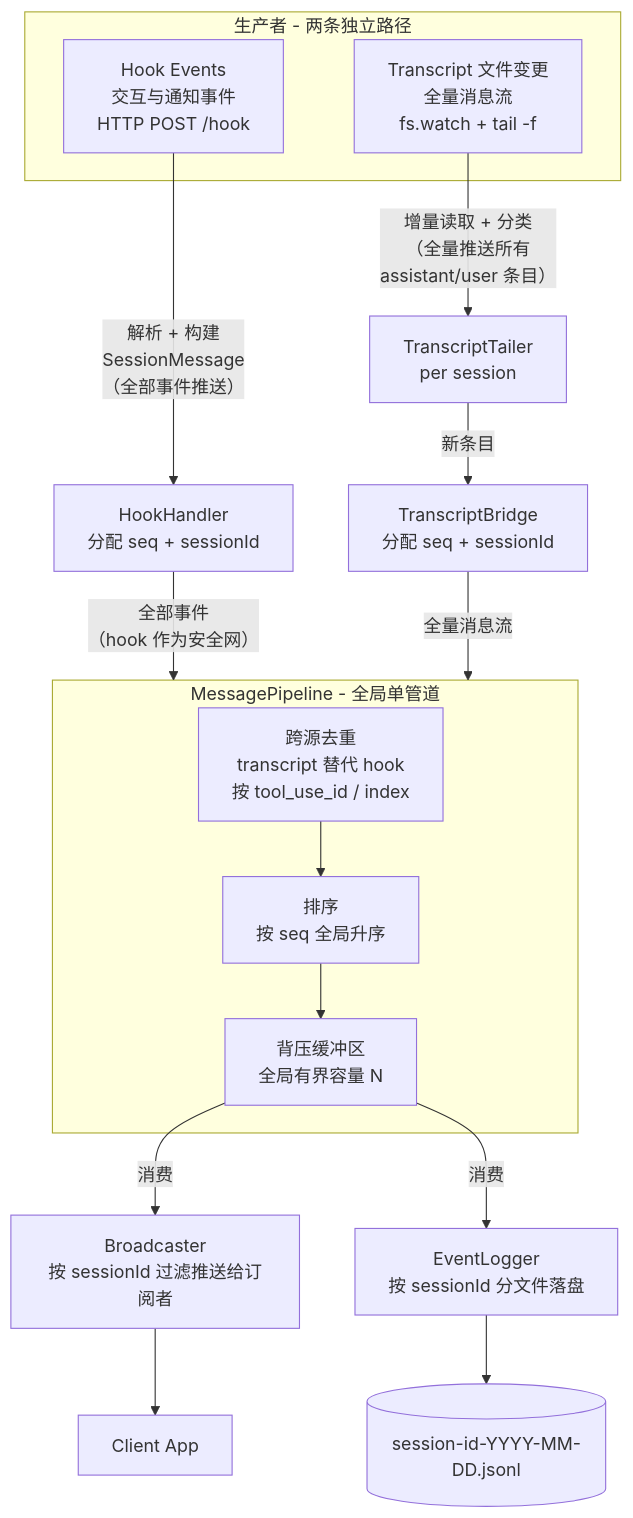
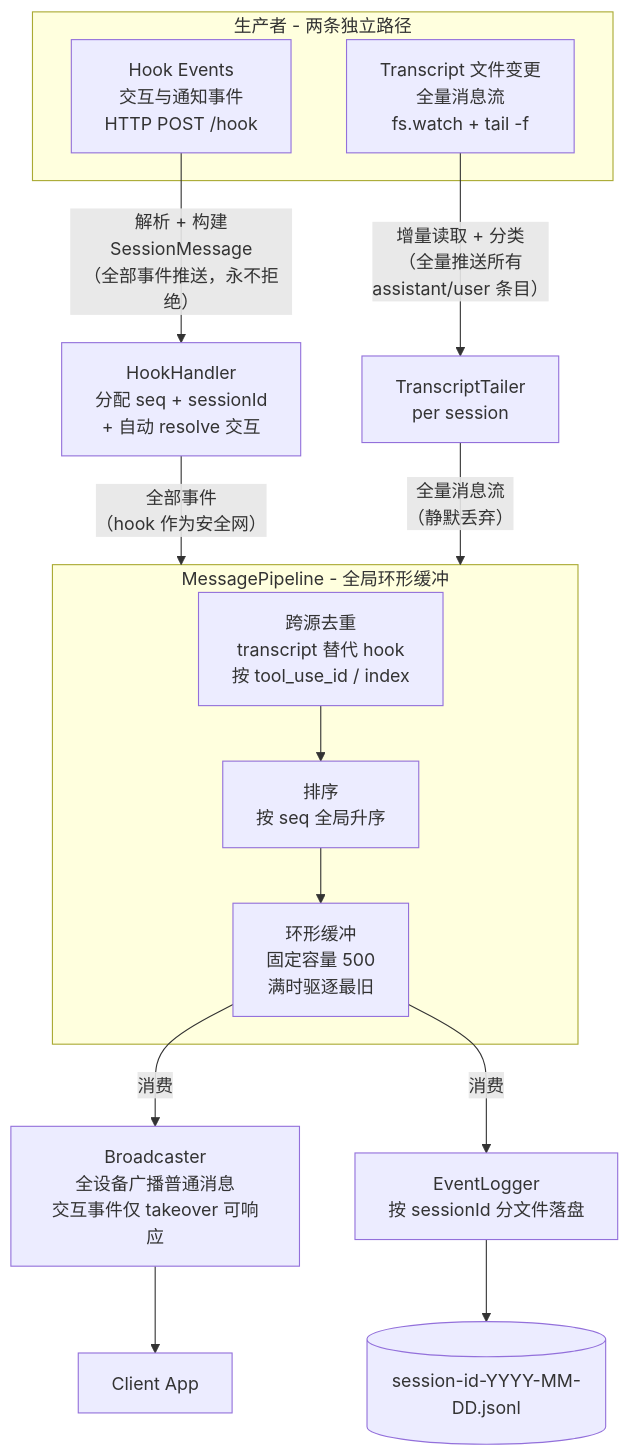
Before and after one commit to Menfre01/mypilot: the second of 10 diagrams in docs/transcript-tailer-architecture.md, drawn with Mermaid. The commit also changed other lines of this file and 25 other files, not shown here.

````diff
--- a/docs/transcript-tailer-architecture.md
+++ b/docs/transcript-tailer-architecture.md
@@ -167,28 +138,27 @@
 ```mermaid
 flowchart TB
     subgraph PRODUCERS[生产者 - 两条独立路径]
         HK[Hook Events<br/>交互与通知事件<br/>HTTP POST /hook]
         TF[Transcript 文件变更<br/>全量消息流<br/>fs.watch + tail -f]
     end
 
-    HK -->|"解析 + 构建<br/>SessionMessage<br/>（全部事件推送）"| HH_F[HookHandler<br/>分配 seq + sessionId]
+    HK -->|"解析 + 构建<br/>SessionMessage<br/>（全部事件推送，永不拒绝）"| HH_F[HookHandler<br/>分配 seq + sessionId<br/>+ 自动 resolve 交互]
     TF -->|"增量读取 + 分类<br/>（全量推送所有<br/>assistant/user 条目）"| TL[TranscriptTailer<br/>per session]
-    TL -->|新条目| TB_F[TranscriptBridge<br/>分配 seq + sessionId]
 
     HH_F -->|"全部事件<br/>（hook 作为安全网）"| PIPELINE
-    TB_F -->|"全量消息流"| PIPELINE
+    TL -->|"全量消息流<br/>（静默丢弃）"| PIPELINE
 
-    subgraph PIPELINE[MessagePipeline - 全局单管道]
+    subgraph PIPELINE[MessagePipeline - 全局环形缓冲]
         DEDUP[跨源去重<br/>transcript 替代 hook<br/>按 tool_use_id / index]
         SORT[排序<br/>按 seq 全局升序]
-        BP[背压缓冲区<br/>全局有界容量 N]
+        RB[环形缓冲<br/>固定容量 500<br/>满时驱逐最旧]
     end
 
-    DEDUP --> SORT --> BP
+    DEDUP --> SORT --> RB
 
-    BP -->|消费| BC[Broadcaster<br/>按 sessionId 过滤推送给订阅者]
-    BP -->|消费| LOG[EventLogger<br/>按 sessionId 分文件落盘]
+    RB -->|消费| BC[Broadcaster<br/>全设备广播普通消息<br/>交互事件仅 takeover 可响应]
+    RB -->|消费| LOG[EventLogger<br/>按 sessionId 分文件落盘]
 
     BC --> CL[Client App]
     LOG --> DISK[(session-id-YYYY-MM-DD.jsonl)]
 ```
````
